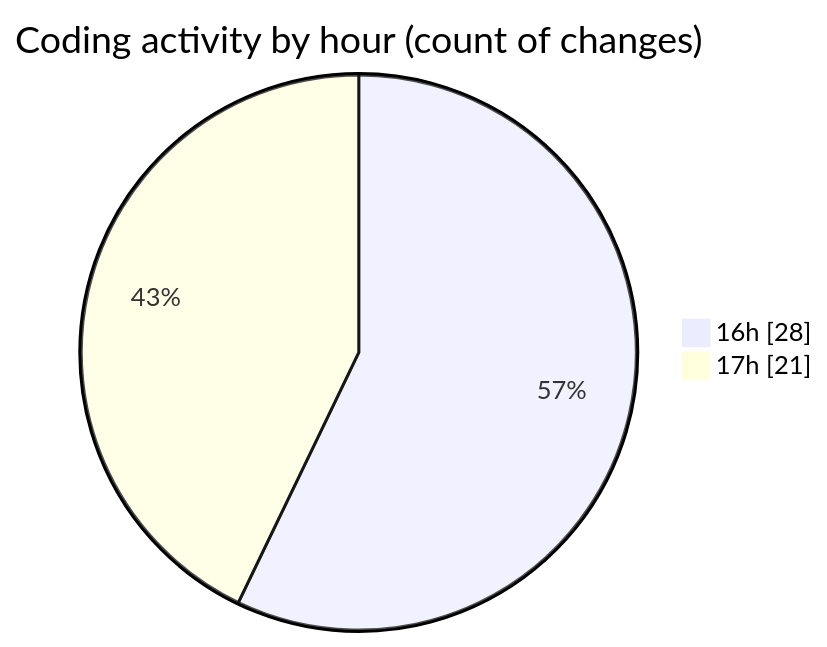
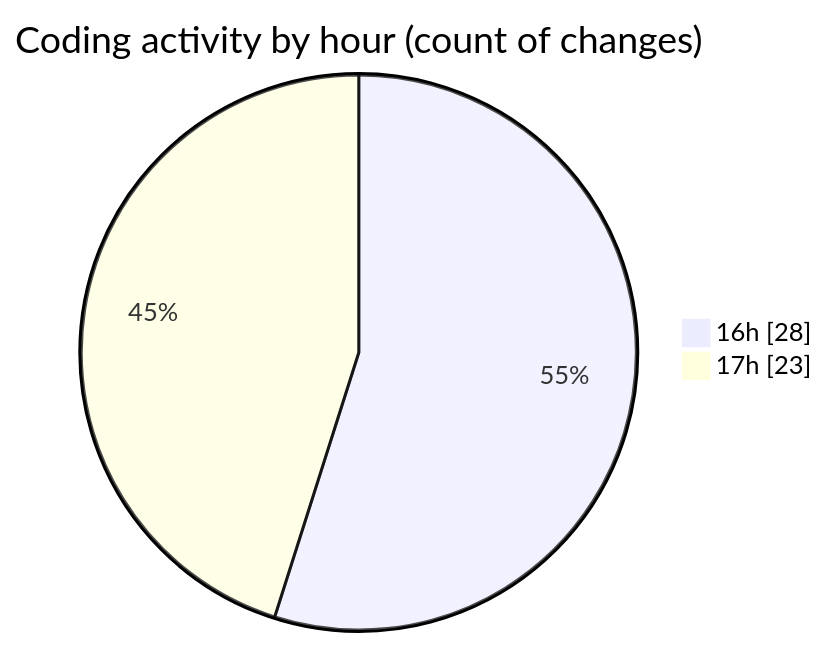
One commit to donsfak/code-tracking changed the second of 2 diagrams in 2025-01-15/trackers_app/README.md. Above: the diagram before and after it, drawn with Mermaid. The commit also changed other lines of this file and 1 other file, not shown here.

````diff
--- a/2025-01-15/trackers_app/README.md
+++ b/2025-01-15/trackers_app/README.md
@@ -37,6 +37,6 @@
 ```mermaid
 pie showData
 title Coding activity by hour (count of changes)
 "16h" : 28
-"17h" : 21
+"17h" : 23
 ```
````
